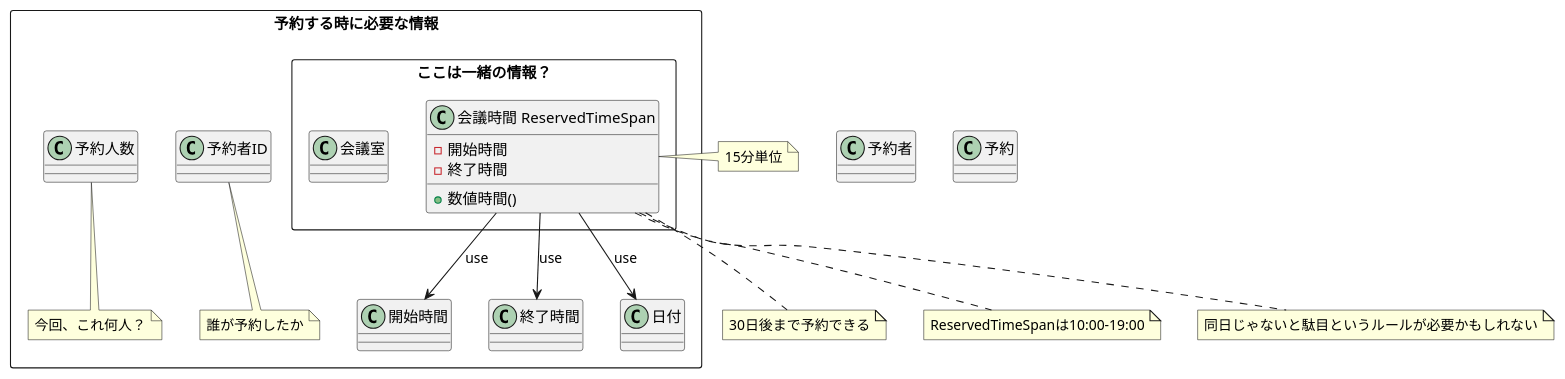
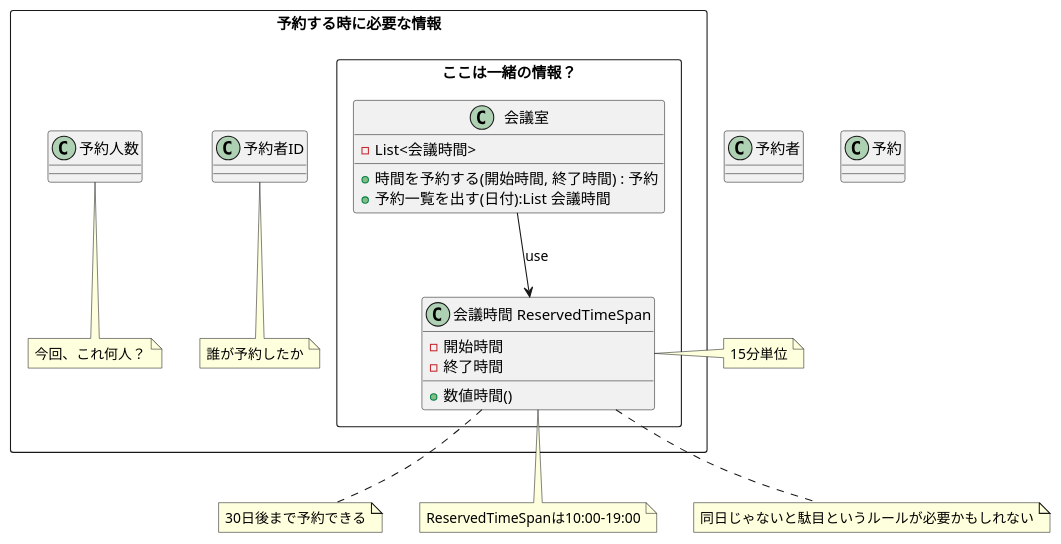
One commit to jnuank/meeting-room changed the diagram in diagram/domainmodel.pu. Above: the diagram before and after it, drawn with PlantUML. The commit also changed 2 other files, not shown here.

```diff
--- a/diagram/domainmodel.pu
+++ b/diagram/domainmodel.pu
@@ -1,43 +1,46 @@
 @startuml
 
 class 予約者
 class 予約
 
 rectangle 予約する時に必要な情報 {
     class 予約者ID
     rectangle ここは一緒の情報？ {
-        class 会議室
+        class "会議室" as MeetingRooms
+        {
+            - List<会議時間>
+            + 時間を予約する(開始時間, 終了時間) : 予約
+            + 予約一覧を出す(日付):List 会議時間
+        }
         class "会議時間 ReservedTimeSpan" as ReservedTimeSpan {
             - 開始時間
             - 終了時間
             + 数値時間() 
         }
     }
-    ReservedTimeSpan --> 開始時間 : use
-    ReservedTimeSpan --> 終了時間 : use
-    ReservedTimeSpan --> 日付 : use
+    MeetingRooms --> ReservedTimeSpan : use
     class 予約人数
     class 予約者ID
     note bottom of 予約者ID
     誰が予約したか
     end note 
     note bottom of 予約人数
     今回、これ何人？
     end note
 }
 
 note right of ReservedTimeSpan
 15分単位
 end note
 note bottom of ReservedTimeSpan
 30日後まで予約できる
 end note
 note bottom of ReservedTimeSpan
 ReservedTimeSpanは10:00-19:00
 end note
 
 note bottom of ReservedTimeSpan
 同日じゃないと駄目というルールが必要かもしれない
 end note
 
 @enduml
```
